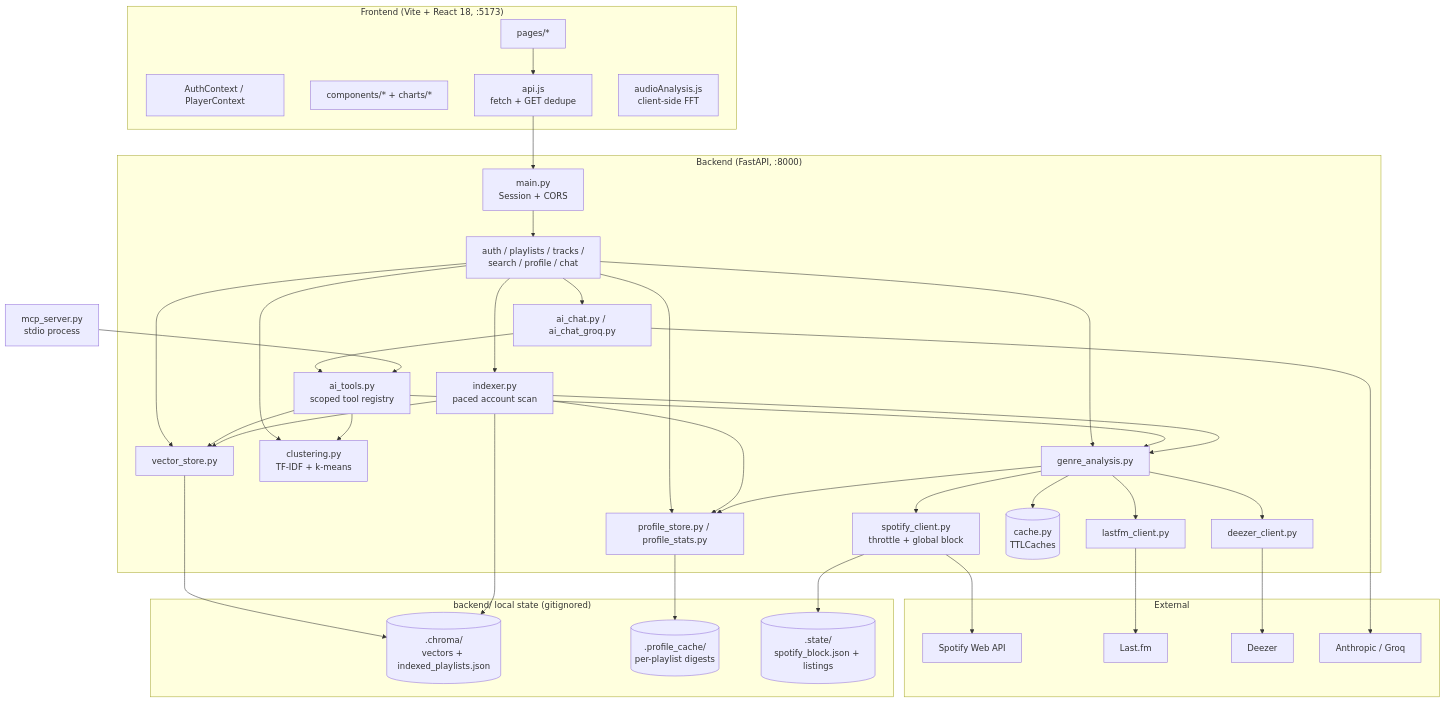
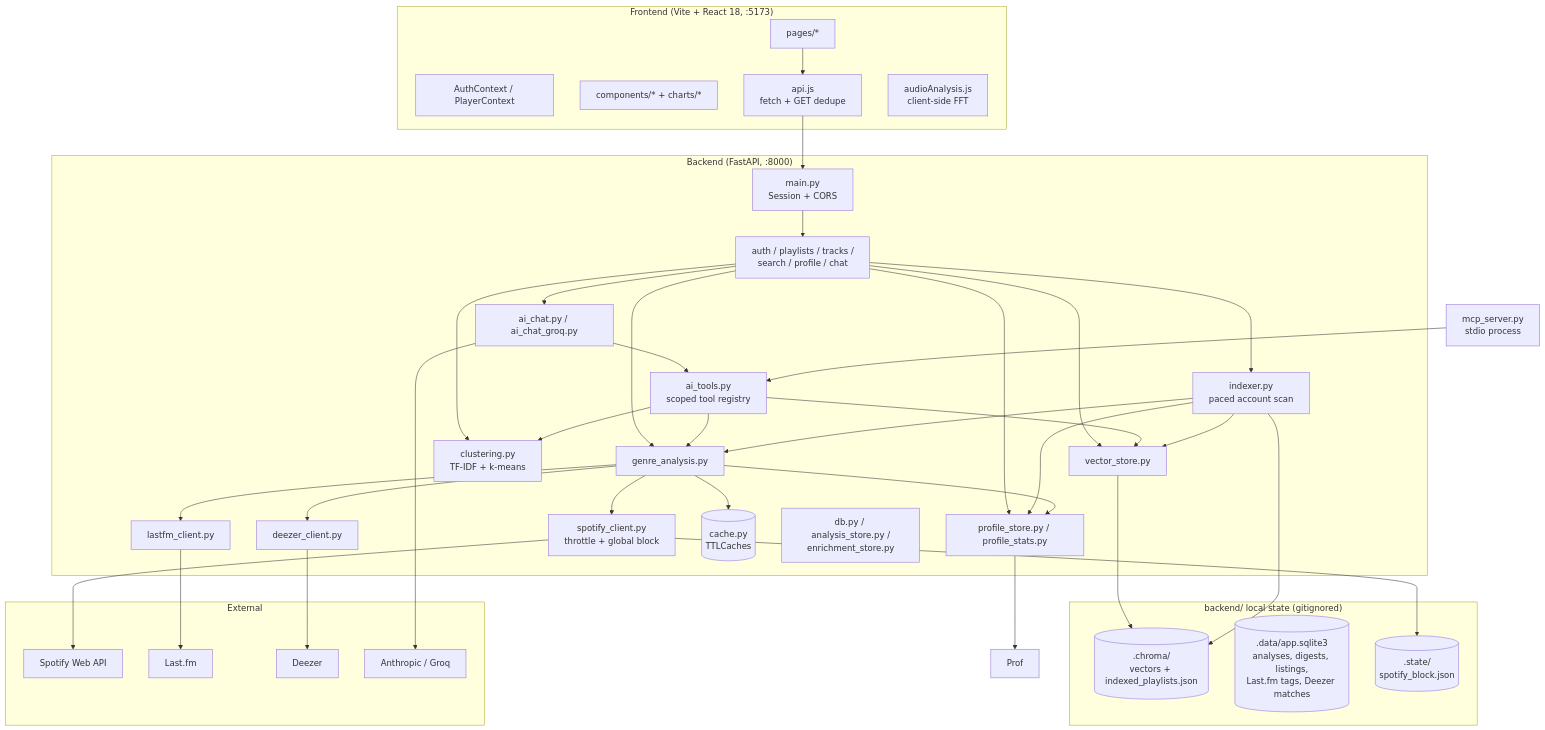
One commit to HuananCanova/playlist-classifier changed the first of 5 diagrams in docs/CODEBASE_MAP.md. Above: the diagram before and after it, drawn with Mermaid. The commit also changed other lines of this file and 39 other files, not shown here.

````diff
--- a/docs/CODEBASE_MAP.md
+++ b/docs/CODEBASE_MAP.md
@@ -25,57 +25,58 @@
 ```mermaid
 graph TB
     subgraph Browser["Frontend (Vite + React 18, :5173)"]
         Pages[pages/*]
         Ctx[AuthContext / PlayerContext]
         Charts[components/* + charts/*]
         API[api.js<br/>fetch + GET dedupe]
         DSP[audioAnalysis.js<br/>client-side FFT]
     end
 
     subgraph Backend["Backend (FastAPI, :8000)"]
         Main[main.py<br/>Session + CORS]
         Routers[auth / playlists / tracks /<br/>search / profile / chat]
         GA[genre_analysis.py]
         IDX[indexer.py<br/>paced account scan]
         AI[ai_chat.py / ai_chat_groq.py]
         Tools[ai_tools.py<br/>scoped tool registry]
         CL[clustering.py<br/>TF-IDF + k-means]
         VS[vector_store.py]
         PS[profile_store.py / profile_stats.py]
         SC[spotify_client.py<br/>throttle + global block]
         LF[lastfm_client.py]
         DZ[deezer_client.py]
         Cache[(cache.py<br/>TTLCaches)]
+        DB[db.py / analysis_store.py /<br/>enrichment_store.py]
     end
 
     MCP[mcp_server.py<br/>stdio process]
 
     subgraph Disk["backend/ local state (gitignored)"]
         Chroma[(.chroma/<br/>vectors + indexed_playlists.json)]
-        Prof[(.profile_cache/<br/>per-playlist digests)]
-        State[(.state/<br/>spotify_block.json + listings)]
+        SQLite[(.data/app.sqlite3<br/>analyses, digests, listings,<br/>Last.fm tags, Deezer matches)]
+        State[(.state/<br/>spotify_block.json)]
     end
 
     subgraph External
         Spotify[Spotify Web API]
         Lastfm[Last.fm]
         Deezer[Deezer]
         LLM[Anthropic / Groq]
     end
 
     Pages --> API --> Main --> Routers
     Routers --> GA & IDX & AI & CL & VS & PS
     AI --> Tools --> GA & CL & VS
     MCP --> Tools
     IDX --> GA & VS & PS
     GA --> SC & LF & DZ & PS
     GA --> Cache
     SC --> Spotify
     SC --> State
     LF --> Lastfm
     DZ --> Deezer
     AI --> LLM
     VS --> Chroma
     IDX --> Chroma
     PS --> Prof
 ```
````
